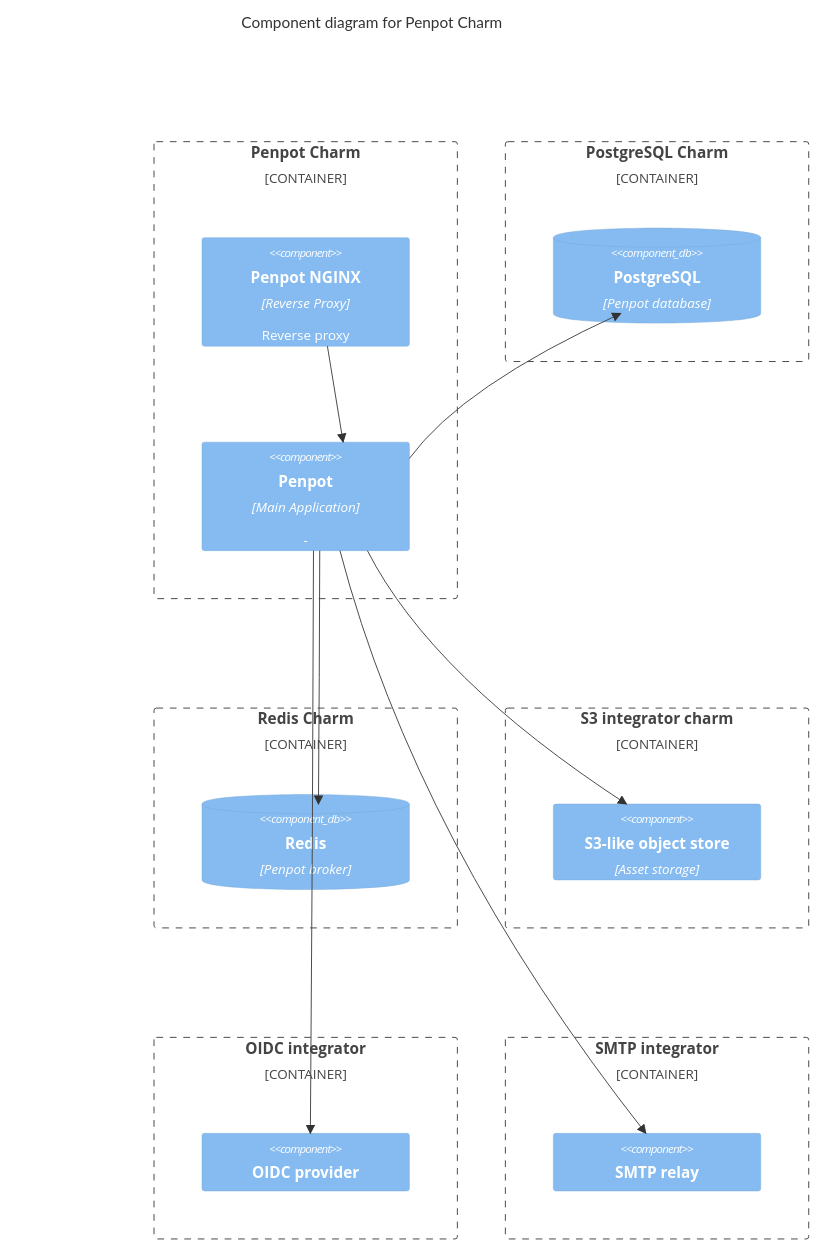
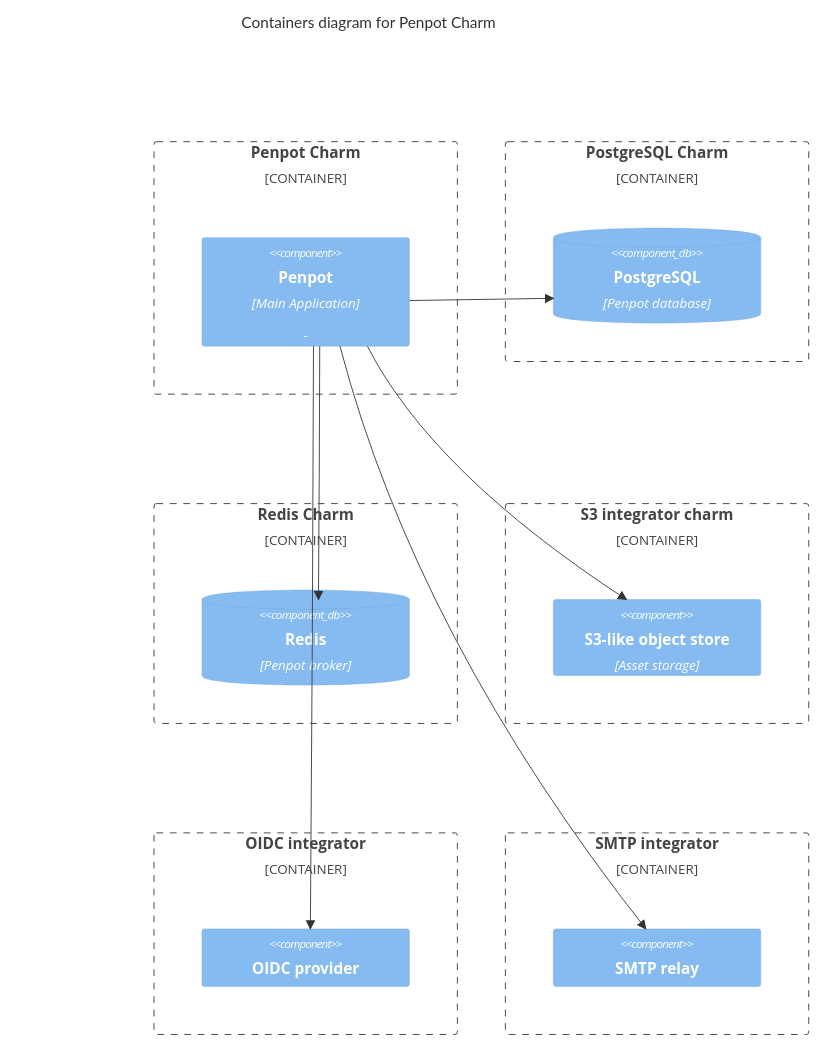
The first of 2 diagrams in docs/explanation/charm-architecture.md (canonical/penpot-operator), drawn with Mermaid before and after one commit. The commit also changed other lines of this file, not shown here.

````diff
--- a/docs/explanation/charm-architecture.md
+++ b/docs/explanation/charm-architecture.md
@@ -14,41 +12,38 @@
 ```mermaid
 C4Context
-title Component diagram for Penpot Charm
+title Containers diagram for Penpot Charm
 
 Container_Boundary(penpot, "Penpot Charm") {
   
-  Component(penpot-nginx, "Penpot NGINX", "Reverse Proxy", "Reverse proxy")
   Component(penpot, "Penpot", "Main Application", "-")
-  
-  Rel(penpot-nginx, penpot, "")
   
 }
 
 Container_Boundary(postgresql, "PostgreSQL Charm") {
     ComponentDb(penpot-database, "PostgreSQL", "Penpot database", "")
 }
 
 Container_Boundary(redis, "Redis Charm") {
     ComponentDb(penpot-broker, "Redis", "Penpot broker","")
 }
 
 Container_Boundary(s3, "S3 integrator charm") {
     Component(s3-integrator, "S3-like object store", "Asset storage")
 }
 
 Container_Boundary(oidc, "OIDC integrator") {
     Component(oidc, "OIDC provider", "","")
 }
 
 
 Container_Boundary(smtp, "SMTP integrator") {
     Component(smtp, "SMTP relay", "","")
 }
 
 Rel(penpot, penpot-database, "")
 Rel(penpot, penpot-broker, "")
 Rel(penpot, s3-integrator, "")
 Rel_D(penpot, oidc, "")
 Rel_D(penpot, smtp, "")
 
 ```
````
